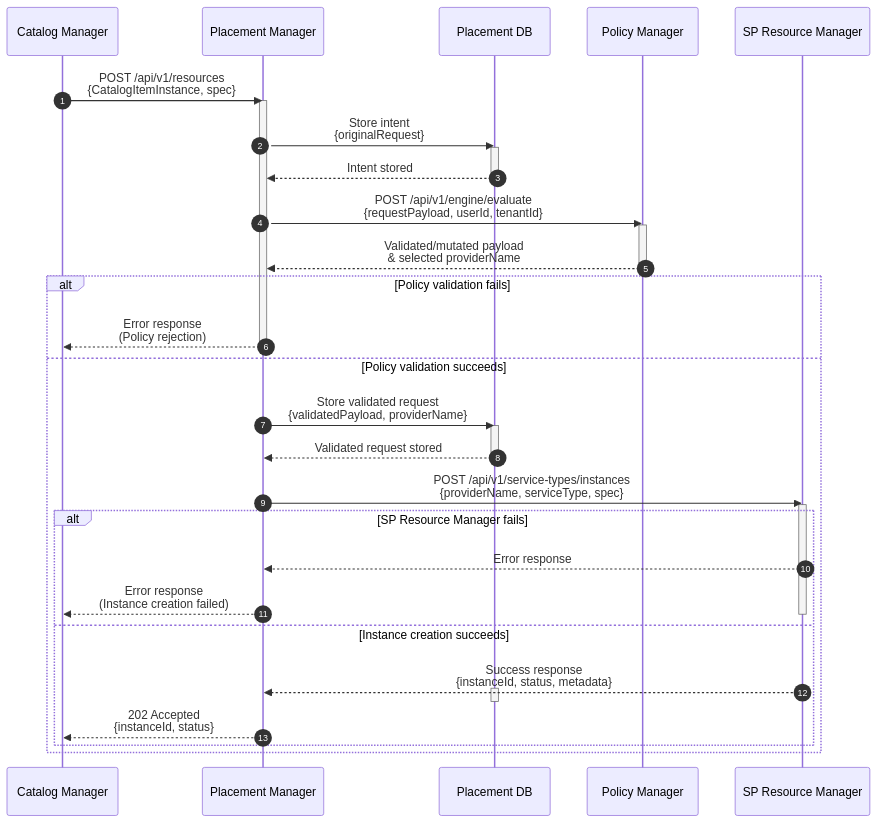
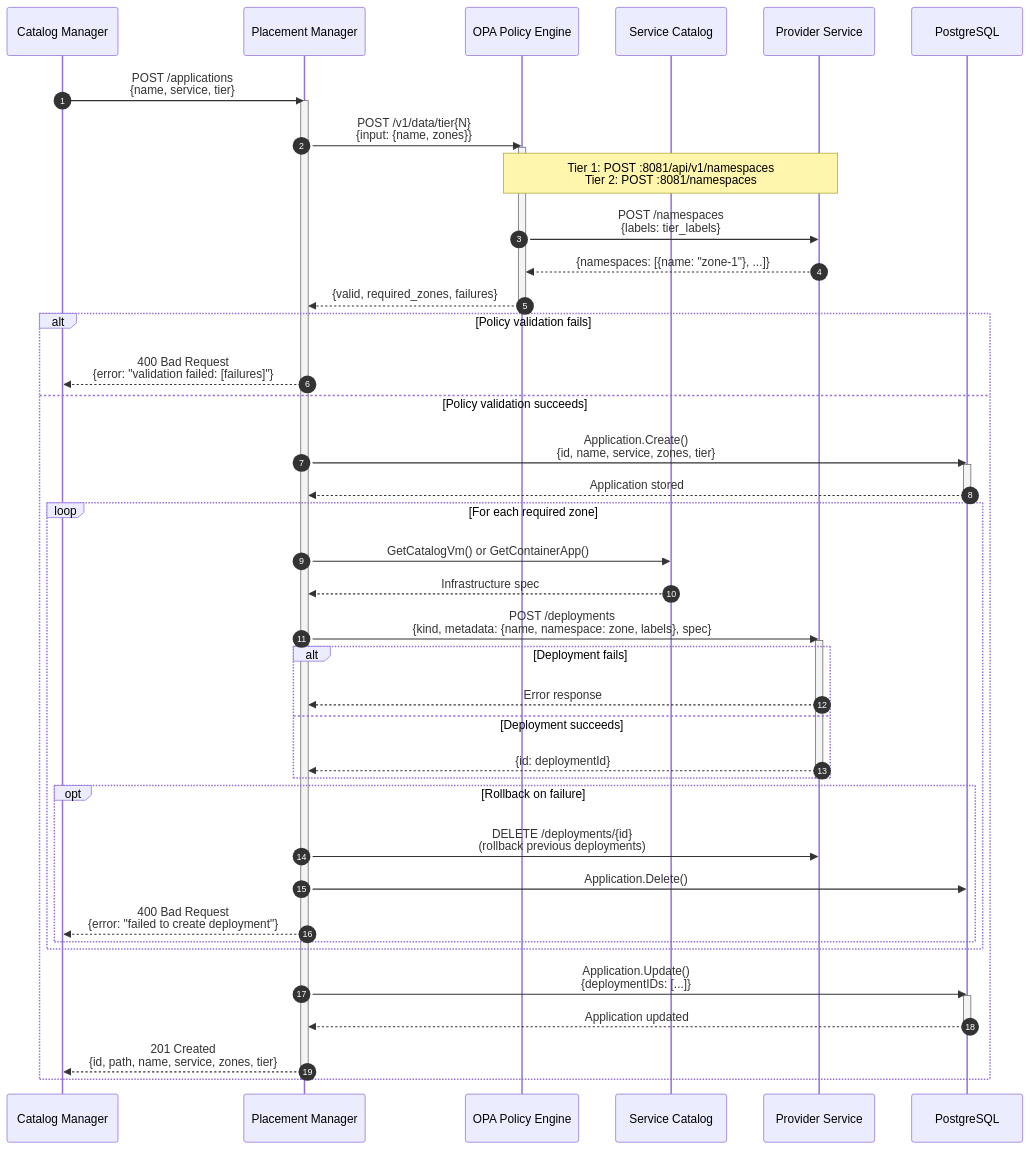
One commit to dcm-project/enhancements changed the second of 2 diagrams in enhancements/placement-manager/placement-manager.md. Above: the diagram before and after it, drawn with Mermaid. The commit also changed other lines of this file, not shown here.

First line of the commit message:
fix(enhancements placement-manager docs): update enhancement to reflect current implementation

````diff
--- a/enhancements/placement-manager/placement-manager.md
+++ b/enhancements/placement-manager/placement-manager.md
@@ -241,51 +272,62 @@
 ```mermaid
 sequenceDiagram
     autonumber
-    participant CM as Catalog Manager
-    participant PM as Placement Manager
-    participant DB as Placement DB
-    participant PE as Policy Manager
-    participant SPRM as SP Resource Manager
+    participant C as Catalog Manager
+    participant PA as Placement Manager
+    participant OPA as OPA Policy Engine
+    participant CAT as Service Catalog
+    participant PS as Provider Service
+    participant DB as PostgreSQL
 
-    CM->>PM: POST /api/v1/resources<br/>{CatalogItemInstance, spec}
-    activate PM
+    C->>PA: POST /applications<br/>{name, service, tier}
+    activate PA
 
-    PM->>DB: Store intent<br/>{originalRequest}
-    activate DB
-    DB-->>PM: Intent stored
-    deactivate DB
+    PA->>OPA: POST /v1/data/tier{N}<br/>{input: {name, zones}}
+    activate OPA
 
-    PM->>PE: POST /api/v1/engine/evaluate<br/>{requestPayload, userId, tenantId}
-    activate PE
+    Note over OPA,PS: Tier 1: POST :8081/api/v1/namespaces<br/>Tier 2: POST :8081/namespaces
+    OPA->>PS: POST /namespaces<br/>{labels: tier_labels}
+    PS-->>OPA: {namespaces: [{name: "zone-1"}, ...]}
 
-    PE-->>PM: Validated/mutated payload<br/>& selected providerName
-    deactivate PE
+    OPA-->>PA: {valid, required_zones, failures}
+    deactivate OPA
 
     alt Policy validation fails
-        PM-->>CM: Error response<br/>(Policy rejection)
-        deactivate PM
+        PA-->>C: 400 Bad Request<br/>{error: "validation failed: [failures]"}
     else Policy validation succeeds
 
-        PM->>DB: Store validated request<br/>{validatedPayload, providerName}
+        PA->>DB: Application.Create()<br/>{id, name, service, zones, tier}
         activate DB
-        DB-->>PM: Validated request stored
+        DB-->>PA: Application stored
         deactivate DB
 
-        PM->>SPRM: POST /api/v1/service-types/instances<br/>{providerName, serviceType, spec}
-        activate SPRM
+        loop For each required zone
+            PA->>CAT: GetCatalogVm() or GetContainerApp()
+            CAT-->>PA: Infrastructure spec
 
-        alt SP Resource Manager fails
-            SPRM-->>PM: Error response
-            PM-->>CM: Error response<br/>(Instance creation failed)
-            deactivate SPRM
+            PA->>PS: POST /deployments<br/>{kind, metadata: {name, namespace: zone, labels}, spec}
+            activate PS
 
-        else Instance creation succeeds
-            SPRM-->>PM: Success response<br/>{instanceId, status, metadata}
-            activate DB
-            deactivate DB
+            alt Deployment fails
+                PS-->>PA: Error response
+            else Deployment succeeds
+                PS-->>PA: {id: deploymentId}
+            end
+            deactivate PS
 
-            PM-->>CM: 202 Accepted<br/>{instanceId, status}
+            opt Rollback on failure
+                PA->>PS: DELETE /deployments/{id}<br/>(rollback previous deployments)
+                PA->>DB: Application.Delete()
+                PA-->>C: 400 Bad Request<br/>{error: "failed to create deployment"}
+            end
+        end
 
-        end
+        PA->>DB: Application.Update()<br/>{deploymentIDs: [...]}
+        activate DB
+        DB-->>PA: Application updated
+        deactivate DB
+
+        PA-->>C: 201 Created<br/>{id, path, name, service, zones, tier}
     end
+    deactivate PA
 ```
````
